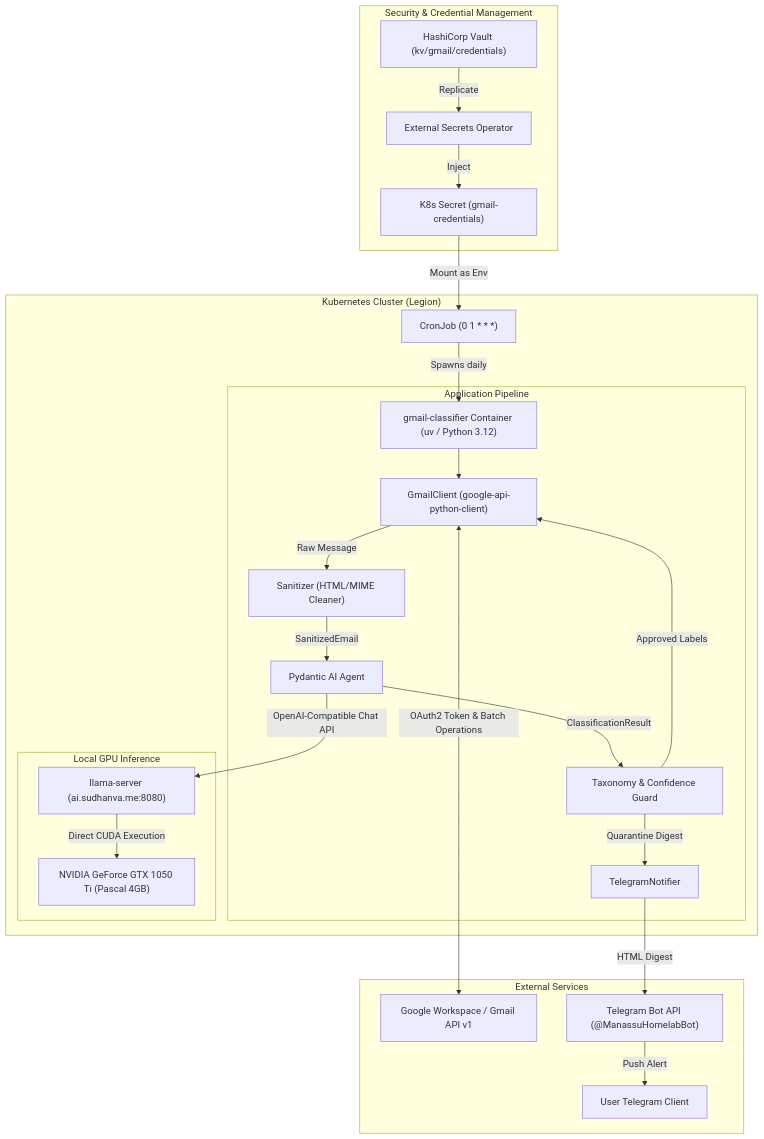
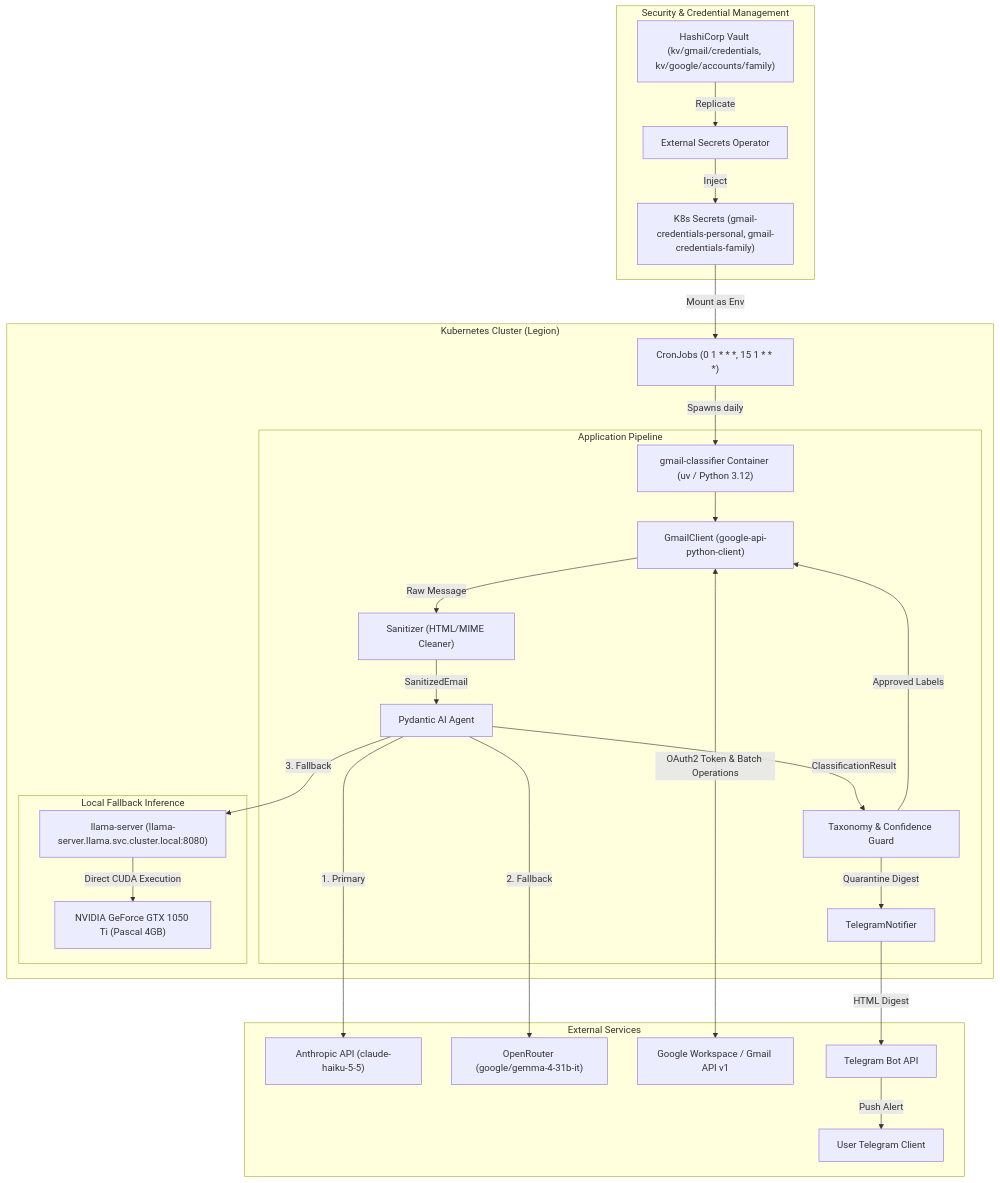
One commit to nsudhanva/homelab changed the first of 4 diagrams in docs/src/content/docs/explanation/gmail-classifier.md. Above: the diagram before and after it, drawn with Mermaid. The commit also changed other lines of this file and 46 other files, not shown here.

````diff
--- a/docs/src/content/docs/explanation/gmail-classifier.md
+++ b/docs/src/content/docs/explanation/gmail-classifier.md
@@ -22,48 +22,51 @@
 ```mermaid
 flowchart TD
     subgraph Storage ["Security & Credential Management"]
-        Vault["HashiCorp Vault (kv/gmail/credentials)"]
+        Vault["HashiCorp Vault (kv/gmail/credentials, kv/google/accounts/family)"]
         ESO["External Secrets Operator"]
-        Secret["K8s Secret (gmail-credentials)"]
+        Secret["K8s Secrets (gmail-credentials-personal, gmail-credentials-family)"]
         Vault -->|Replicate| ESO -->|Inject| Secret
     end
 
     subgraph Kubernetes ["Kubernetes Cluster (Legion)"]
-        Cron["CronJob (0 1 * * *)"]
+        Cron["CronJobs (0 1 * * *, 15 1 * * *)"]
         Secret -->|Mount as Env| Cron
         Pod["gmail-classifier Container (uv / Python 3.12)"]
         Cron -->|Spawns daily| Pod
 
         subgraph Engine ["Application Pipeline"]
             Client["GmailClient (google-api-python-client)"]
             Sanitizer["Sanitizer (HTML/MIME Cleaner)"]
             Agent["Pydantic AI Agent"]
             Evaluator["Taxonomy & Confidence Guard"]
             Notifier["TelegramNotifier"]
 
             Pod --> Client
             Client -->|Raw Message| Sanitizer
             Sanitizer -->|SanitizedEmail| Agent
             Agent -->|ClassificationResult| Evaluator
             Evaluator -->|Approved Labels| Client
             Evaluator -->|Quarantine Digest| Notifier
         end
 
-        subgraph Inference ["Local GPU Inference"]
-            LlamaServer["llama-server (ai.sudhanva.me:8080)"]
+        subgraph Inference ["Local Fallback Inference"]
+            LlamaServer["llama-server (llama-server.llama.svc.cluster.local:8080)"]
             GPU["NVIDIA GeForce GTX 1050 Ti (Pascal 4GB)"]
             LlamaServer -->|Direct CUDA Execution| GPU
         end
-
-        Agent -->|OpenAI-Compatible Chat API| LlamaServer
     end
 
     subgraph External ["External Services"]
+        Anthropic["Anthropic API (claude-haiku-5-5)"]
+        OpenRouter["OpenRouter (google/gemma-4-31b-it)"]
         Google["Google Workspace / Gmail API v1"]
-        Telegram["Telegram Bot API (@ManassuHomelabBot)"]
+        Telegram["Telegram Bot API"]
         UserDevice["User Telegram Client"]
 
+        Agent -->|1. Primary| Anthropic
+        Agent -->|2. Fallback| OpenRouter
+        Agent -->|3. Fallback| LlamaServer
         Client <-->|OAuth2 Token & Batch Operations| Google
         Notifier -->|HTML Digest| Telegram -->|Push Alert| UserDevice
     end
 ```
````
